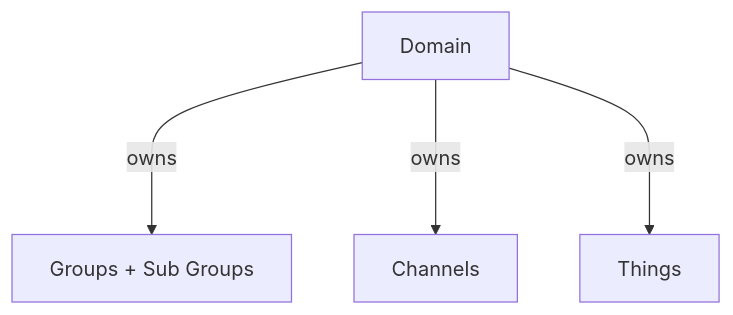
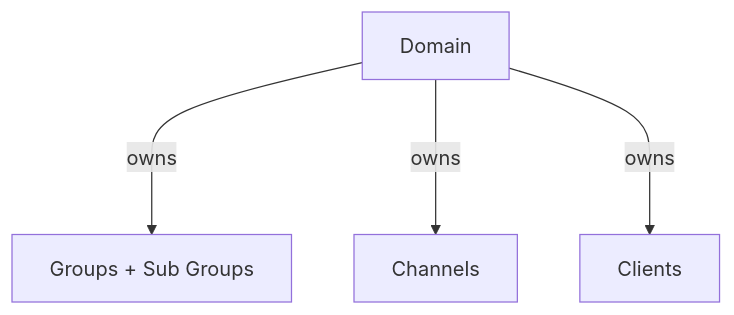
One commit to absmach/magistrala-docs changed the first of 8 diagrams in docs/dev-guide/authorization.md. Above: the diagram before and after it, drawn with Mermaid. The commit also changed other lines of this file and 24 other files, not shown here.

````diff
--- a/docs/dev-guide/authorization.md
+++ b/docs/dev-guide/authorization.md
@@ -18,12 +18,12 @@
 ```mermaid
 graph TD
    Do[Domain]
    Gr["Groups + Sub Groups"]
-   Th[Things]
+   Cl[Clients]
    Ch[Channels]
 
    Do --->|owns| Gr
    Do --->|owns| Ch
-   Do --->|owns| Th
+   Do --->|owns| Cl
 
 ```
````
